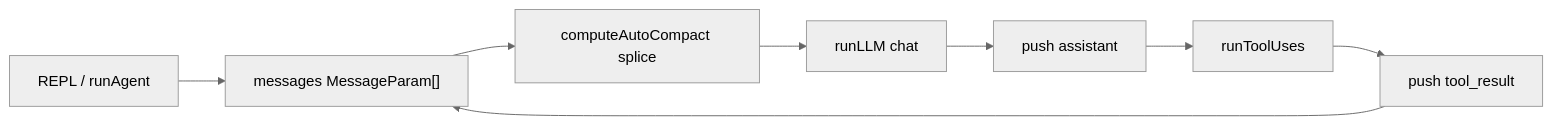
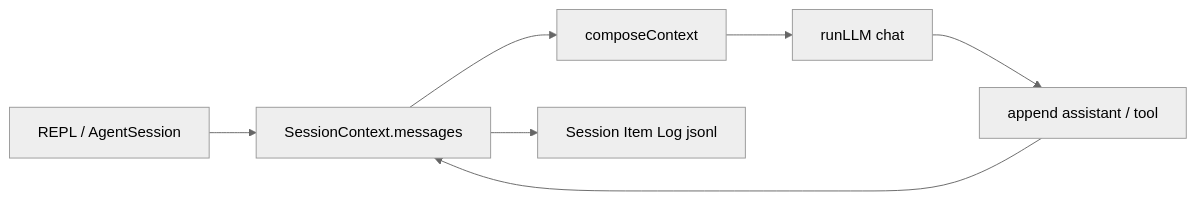
One commit to chendpoc/moontide changed the diagram in docs/spec/llm-input.md. Above: the diagram before and after it, drawn with Mermaid (neutral theme). The commit also changed other lines of this file and 4 other files, not shown here.

First line of the commit message:
docs: Session Item Log architecture, CompactionSave, and composeContext

````diff
--- a/docs/spec/llm-input.md
+++ b/docs/spec/llm-input.md
@@ -84,10 +84,9 @@
 ```mermaid
 flowchart LR
-  REPL["REPL / runAgent"] --> MsgArr["messages MessageParam[]"]
-  MsgArr --> Compact["computeAutoCompact splice"]
-  Compact --> RunLLM["runLLM chat"]
-  RunLLM --> PushAsst["push assistant"]
-  PushAsst --> RunTool["runToolUses"]
-  RunTool --> PushUser["push tool_result"]
-  PushUser --> MsgArr
+  REPL["REPL / AgentSession"] --> SC["SessionContext.messages"]
+  SC --> Compose["composeContext"]
+  Compose --> RunLLM["runLLM chat"]
+  RunLLM --> Append["append assistant / tool"]
+  Append --> SC
+  SC --> SIL["Session Item Log jsonl"]
 ```
````
